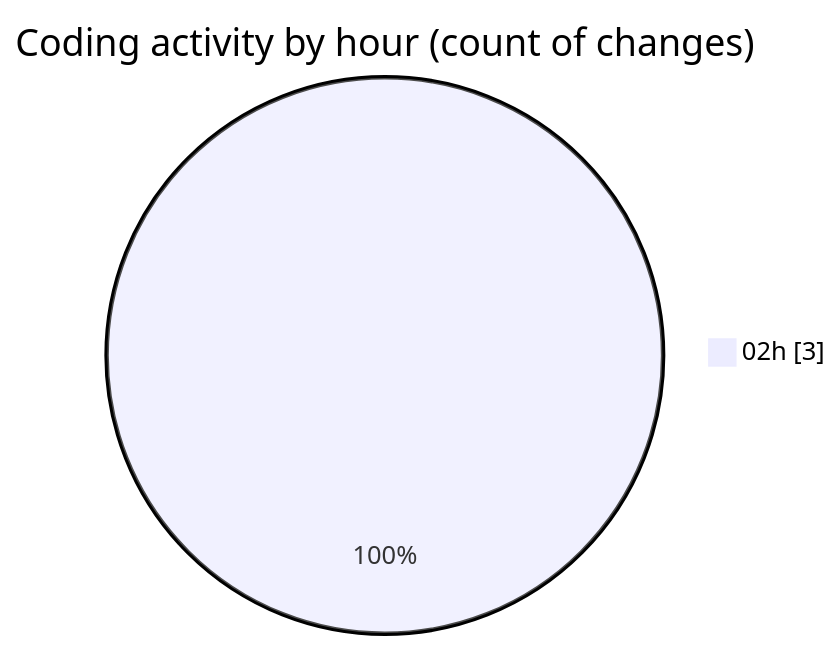
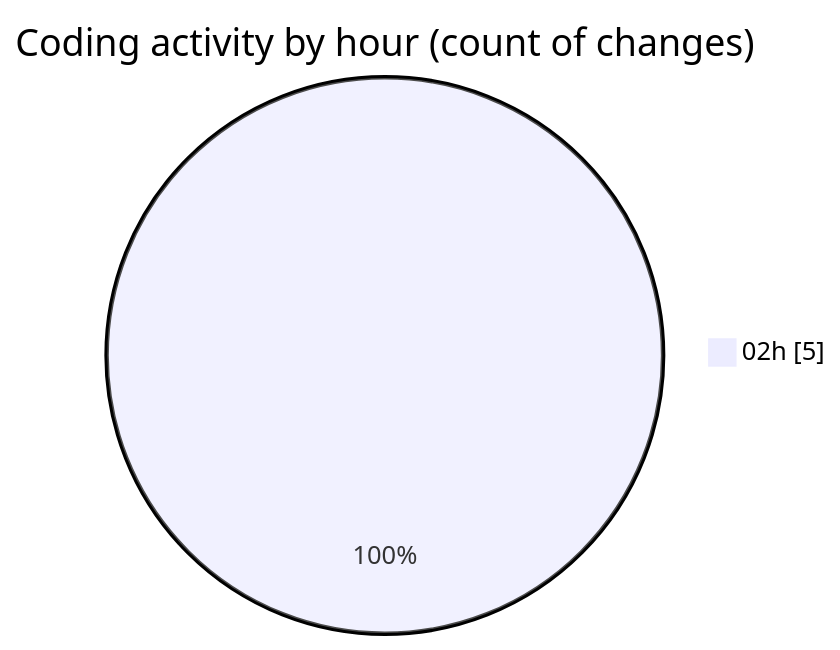
The second of 2 diagrams in 2025-04-05/back-end/README.md (Netris89/code-tracking), drawn with Mermaid before and after one commit. The commit also changed other lines of this file and 1 other file, not shown here.

````diff
--- a/2025-04-05/back-end/README.md
+++ b/2025-04-05/back-end/README.md
@@ -29,5 +29,5 @@
 ```mermaid
 pie showData
 title Coding activity by hour (count of changes)
-"02h" : 3
+"02h" : 5
 ```
````
